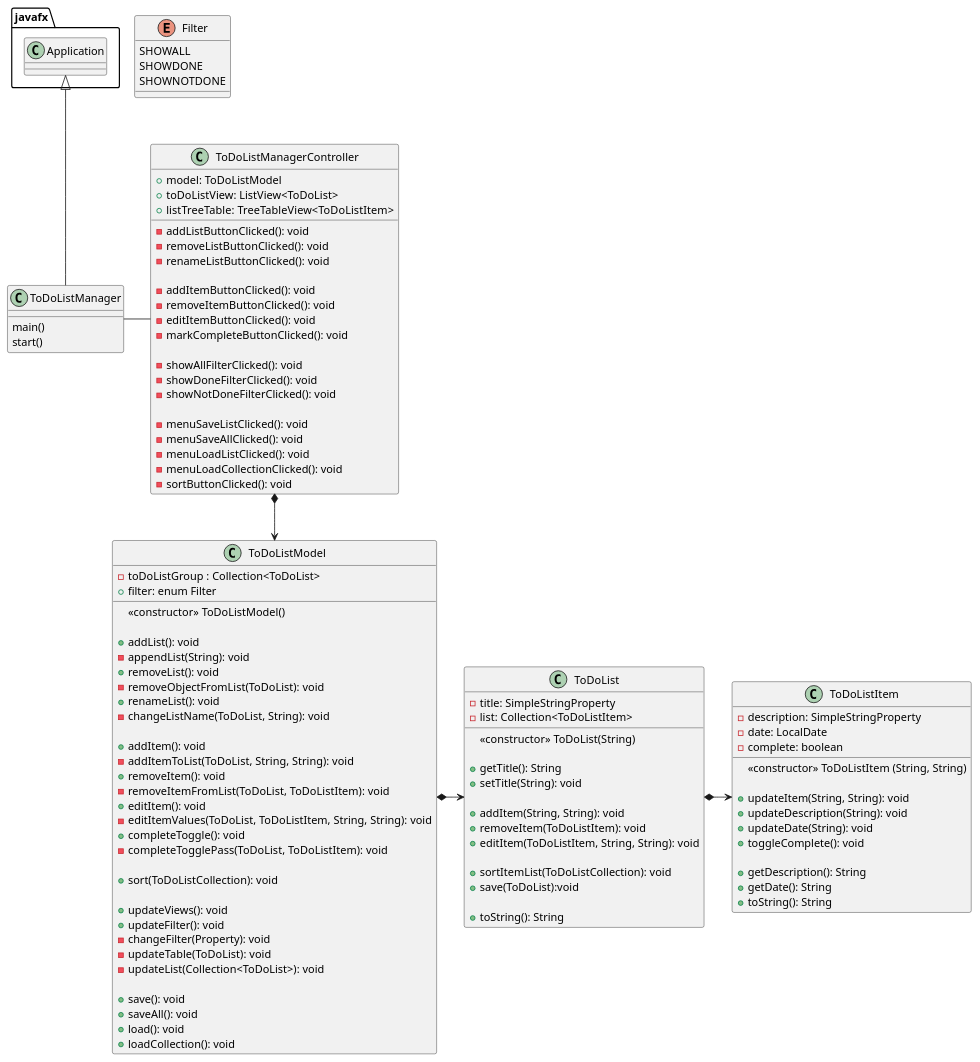
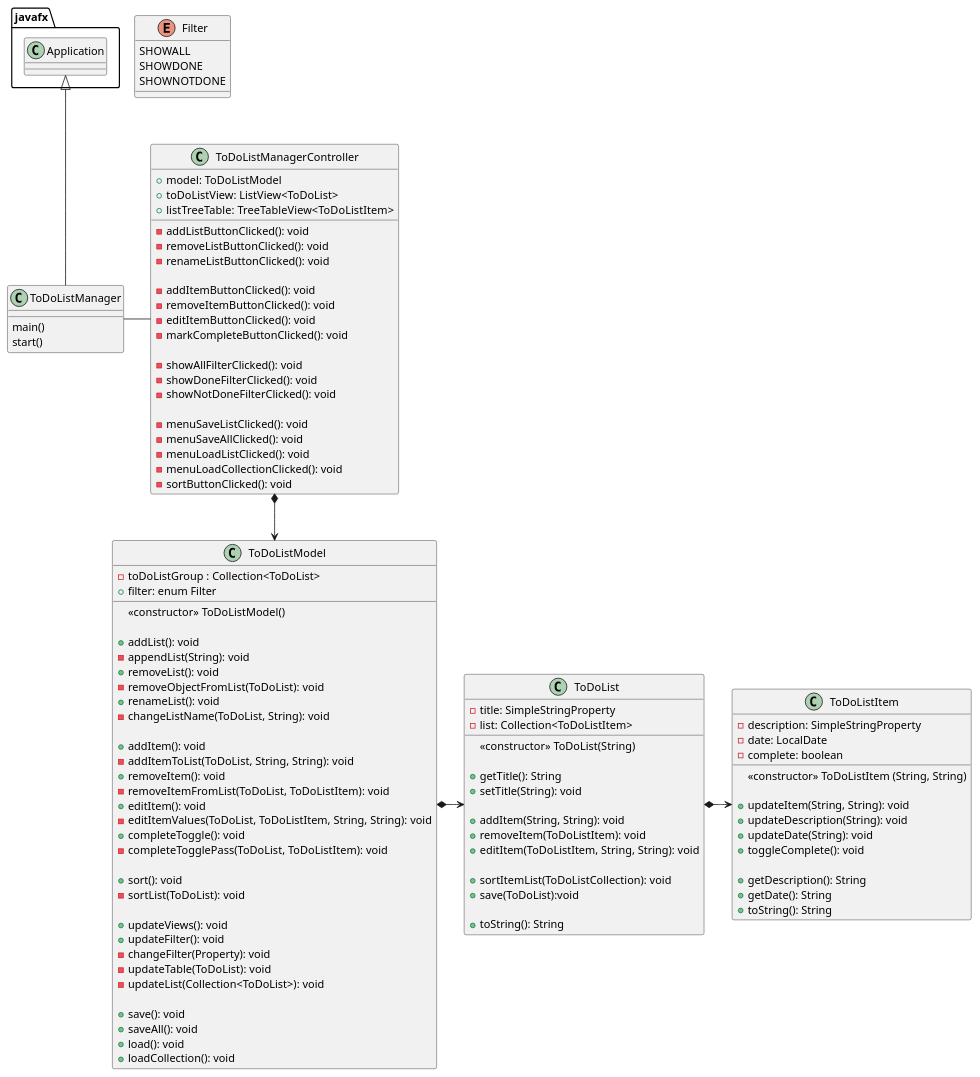
One commit to GSabiniPanini/little-cop3330-assignment4 changed the diagram in uml/ToDoListManager.puml. Above: the diagram before and after it, drawn with PlantUML. The commit also changed 2 other files, not shown here.

```diff
--- a/uml/ToDoListManager.puml
+++ b/uml/ToDoListManager.puml
@@ -1,118 +1,119 @@
 @startuml
 'https://plantuml.com/class-diagram'
 
 class ToDoListManager {
     main()
     start()
 }
 
 enum Filter {
     SHOWALL
     SHOWDONE
     SHOWNOTDONE
 }
 
 class ToDoListManagerController {
     + model: ToDoListModel
     + toDoListView: ListView<ToDoList>
     + listTreeTable: TreeTableView<ToDoListItem>
 
     - addListButtonClicked(): void
     - removeListButtonClicked(): void
     - renameListButtonClicked(): void
 
     - addItemButtonClicked(): void
     - removeItemButtonClicked(): void
     - editItemButtonClicked(): void
     - markCompleteButtonClicked(): void
 
     - showAllFilterClicked(): void
     - showDoneFilterClicked(): void
     - showNotDoneFilterClicked(): void
 
     - menuSaveListClicked(): void
     - menuSaveAllClicked(): void
     - menuLoadListClicked(): void
     - menuLoadCollectionClicked(): void
     - sortButtonClicked(): void
 }
 
 class ToDoListModel {
     - toDoListGroup : Collection<ToDoList>
     + filter: enum Filter
 
     <<constructor>> ToDoListModel()
 
     + addList(): void
     - appendList(String): void
     + removeList(): void
     - removeObjectFromList(ToDoList): void
     + renameList(): void
     - changeListName(ToDoList, String): void
 
     + addItem(): void
     - addItemToList(ToDoList, String, String): void
     + removeItem(): void
     - removeItemFromList(ToDoList, ToDoListItem): void
     + editItem(): void
     - editItemValues(ToDoList, ToDoListItem, String, String): void
     + completeToggle(): void
     - completeTogglePass(ToDoList, ToDoListItem): void
 
-    + sort(ToDoListCollection): void
+    + sort(): void
+    - sortList(ToDoList): void
 
     + updateViews(): void
     + updateFilter(): void
     - changeFilter(Property): void
     - updateTable(ToDoList): void
     - updateList(Collection<ToDoList>): void
 
     + save(): void
     + saveAll(): void
     + load(): void
     + loadCollection(): void
 }
 
 class ToDoList {
     - title: SimpleStringProperty
     - list: Collection<ToDoListItem>
 
     <<constructor>> ToDoList(String)
 
     + getTitle(): String
     + setTitle(String): void
 
     + addItem(String, String): void
     + removeItem(ToDoListItem): void
     + editItem(ToDoListItem, String, String): void
 
     + sortItemList(ToDoListCollection): void
     + save(ToDoList):void
 
     + toString(): String
 }
 
 class ToDoListItem {
     - description: SimpleStringProperty
     - date: LocalDate
     - complete: boolean
 
     <<constructor>> ToDoListItem (String, String)
 
     + updateItem(String, String): void
     + updateDescription(String): void
     + updateDate(String): void
     + toggleComplete(): void
 
     + getDescription(): String
     + getDate(): String
     + toString(): String
 }
 
 javafx.Application <|-- ToDoListManager
 ToDoListManager - ToDoListManagerController
 ToDoListManagerController *--> ToDoListModel
 ToDoListModel *-> ToDoList
 ToDoList *-> ToDoListItem
 
 @enduml
```
